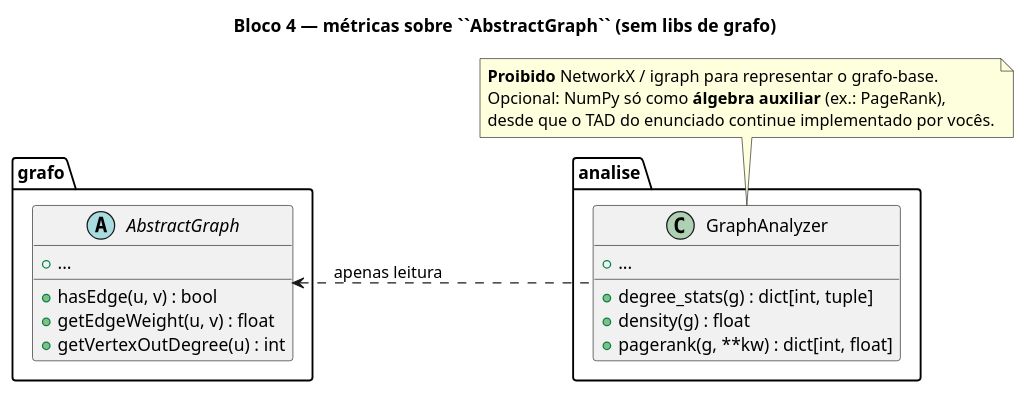
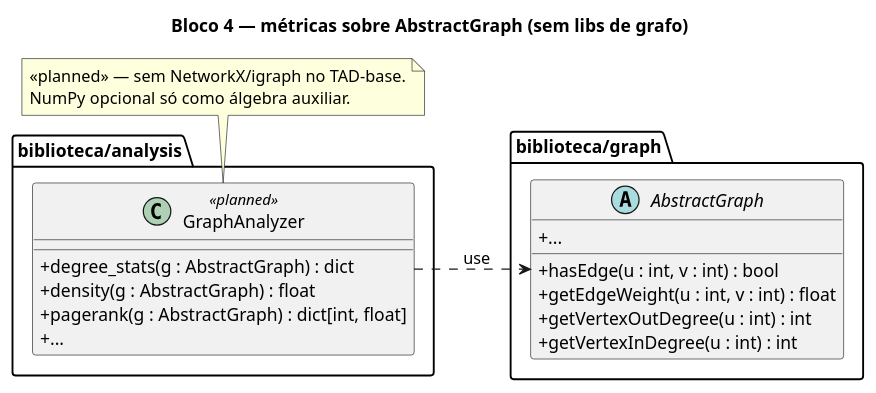
Before and after one commit to Erickguedesc/trabalho-pratico-grafos: the diagram in docs/contrato/diagrama-analise.puml, drawn with PlantUML. The commit also changed 9 other files, not shown here.

Commit message:
correção diagramas

```diff
--- a/docs/contrato/diagrama-analise.puml
+++ b/docs/contrato/diagrama-analise.puml
@@ -1,33 +1,35 @@
 @startuml diagrama-analise
 
-title Bloco 4 — métricas sobre ``AbstractGraph`` (sem libs de grafo)
+title Bloco 4 — métricas sobre AbstractGraph (sem libs de grafo)
 
+skinparam classAttributeIconSize 0
 left to right direction
 
-package grafo {
+package "biblioteca/graph" as grafo {
   abstract class AbstractGraph {
-    + hasEdge(u, v) : bool
-    + getEdgeWeight(u, v) : float
-    + getVertexOutDegree(u) : int
+    + hasEdge(u : int, v : int) : bool
+    + getEdgeWeight(u : int, v : int) : float
+    + getVertexOutDegree(u : int) : int
+    + getVertexInDegree(u : int) : int
     + ...
   }
 }
 
-package analise {
-  class GraphAnalyzer {
-    + degree_stats(g) : dict[int, tuple]
-    + density(g) : float
-    + pagerank(g, **kw) : dict[int, float]
+package "biblioteca/analysis" as analise {
+  class GraphAnalyzer <<planned>> {
+    __
+    + degree_stats(g : AbstractGraph) : dict
+    + density(g : AbstractGraph) : float
+    + pagerank(g : AbstractGraph) : dict[int, float]
     + ...
   }
 }
 
-AbstractGraph <.. GraphAnalyzer : apenas leitura
+GraphAnalyzer ..> AbstractGraph : «use»
 
 note bottom of GraphAnalyzer
-  **Proibido** NetworkX / igraph para representar o grafo-base.
-  Opcional: NumPy só como **álgebra auxiliar** (ex.: PageRank),
-  desde que o TAD do enunciado continue implementado por vocês.
+  <<planned>> — sem NetworkX/igraph no TAD-base.
+  NumPy opcional só como álgebra auxiliar.
 end note
 
 @enduml
```
